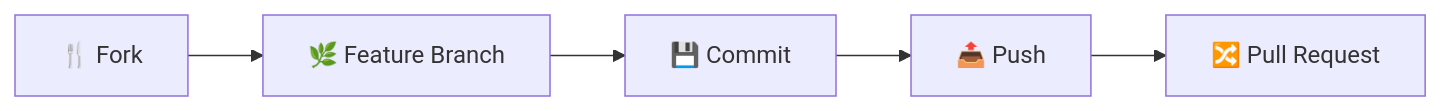
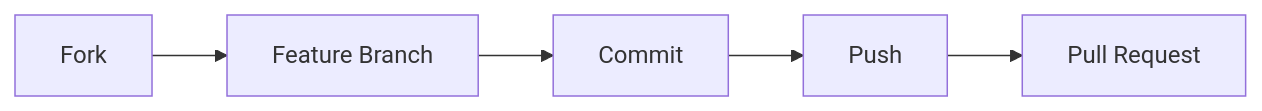
Before and after one commit to oguzcagli/dernek-etkinlik-projesi: the diagram in README.md, drawn with Mermaid. The commit also changed other lines of this file, not shown here.

````diff
--- a/README.md
+++ b/README.md
@@ -554,7 +444,7 @@
 ```mermaid
 graph LR
-    A[🍴 Fork] --> B[🌿 Feature Branch]
-    B --> C[💾 Commit]
-    C --> D[📤 Push]
-    D --> E[🔀 Pull Request]
+    A[ Fork] --> B[ Feature Branch]
+    B --> C[ Commit]
+    C --> D[ Push]
+    D --> E[ Pull Request]
 ```
````
